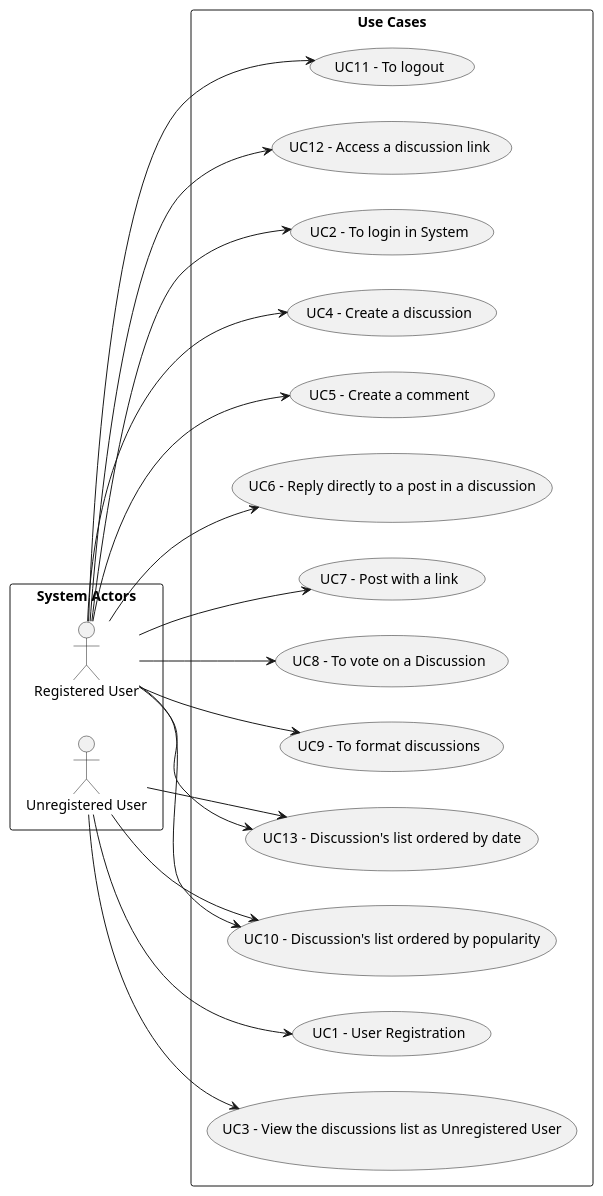
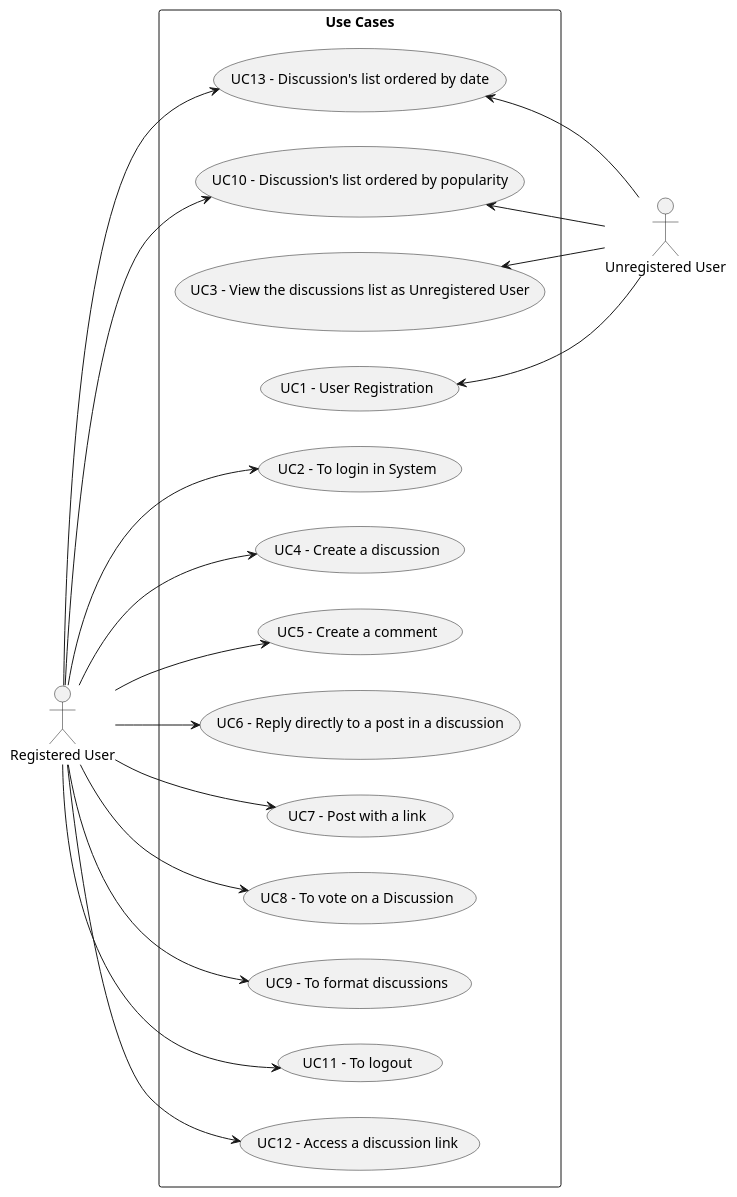
Before and after one commit to TiagoMagalhaes1232507/Testando-projeto: the diagram in docs/sprint01/global-artifacts/01.requirements-engineering/puml/use-case-diagram.puml, drawn with PlantUML. The commit also changed 1 other file, not shown here.

Commit message:
Use Case Diagram

```diff
--- a/docs/sprint01/global-artifacts/01.requirements-engineering/puml/use-case-diagram.puml
+++ b/docs/sprint01/global-artifacts/01.requirements-engineering/puml/use-case-diagram.puml
@@ -1,50 +1,46 @@
-@startuml
+@startuml "use-case-diagram"
 'skinparam monochrome true
 skinparam packageStyle rectangle
 'skinparam shadowing false
 
 left to right direction
 
-rectangle "System Actors" as actors {
-    actor "Registered User" as RegisteredUser
-    actor "Unregistered User" as UnregisteredUser
-}
+
+actor "Registered User" as RegisteredUser
+actor "Unregistered User" as UnregisteredUser
 
 rectangle "Use Cases" as usecases {
     usecase "UC1 - User Registration" as UC01
     usecase "UC2 - To login in System" as UC02
     usecase "UC3 - View the discussions list as Unregistered User" as UC03
     usecase "UC4 - Create a discussion" as UC04
     usecase "UC5 - Create a comment" as UC05
     usecase "UC6 - Reply directly to a post in a discussion" as UC06
     usecase "UC7 - Post with a link" as UC07
     usecase "UC8 - To vote on a Discussion" as UC08
     usecase "UC9 - To format discussions" as UC09
     usecase "UC10 - Discussion's list ordered by popularity" as UC10
     usecase "UC11 - To logout" as UC11
     usecase "UC12 - Access a discussion link" as UC12
     usecase "UC13 - Discussion's list ordered by date" as UC13
-
-
    
-    UnregisteredUser --> UC01
+   
     RegisteredUser --> UC02
-    UnregisteredUser --> UC03
     RegisteredUser --> UC04
     RegisteredUser --> UC05
     RegisteredUser --> UC06
     RegisteredUser --> UC07
     RegisteredUser --> UC08
     RegisteredUser --> UC09
     RegisteredUser --> UC10
-    UnregisteredUser --> UC10
     RegisteredUser --> UC11
     RegisteredUser --> UC12
     RegisteredUser --> UC13
-    UnregisteredUser --> UC13
-    
-    
 
+UnregisteredUser -up-> UC01
+UnregisteredUser -up-> UC03
+UnregisteredUser -up-> UC10
+UnregisteredUser -up-> UC13
 }
 
 @enduml
```
